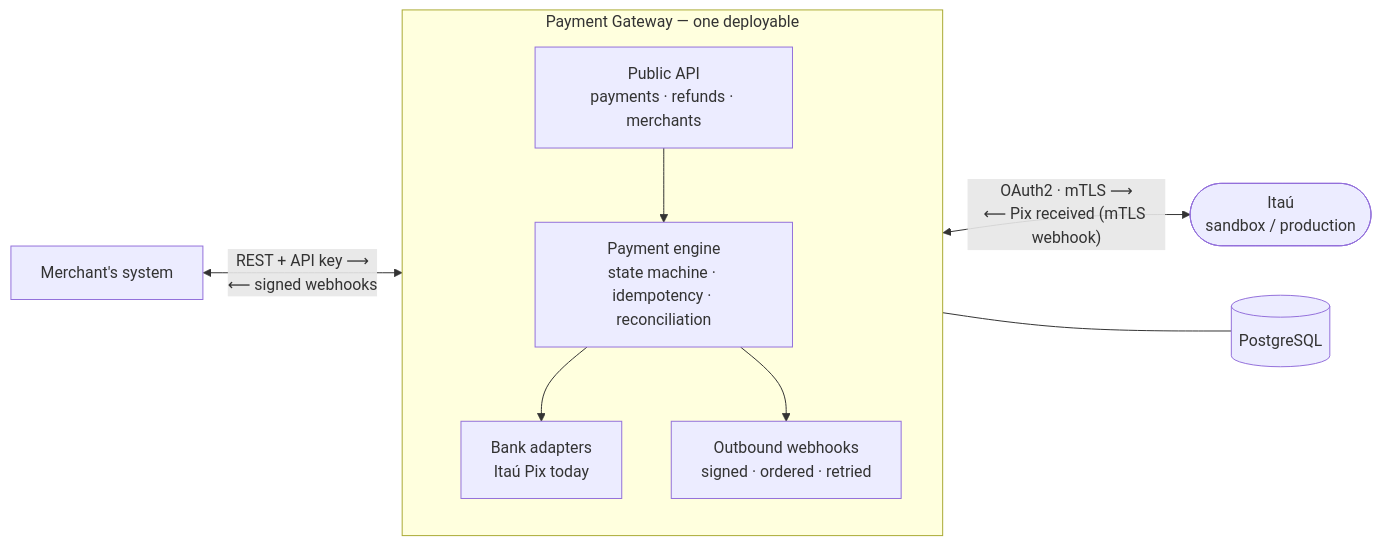
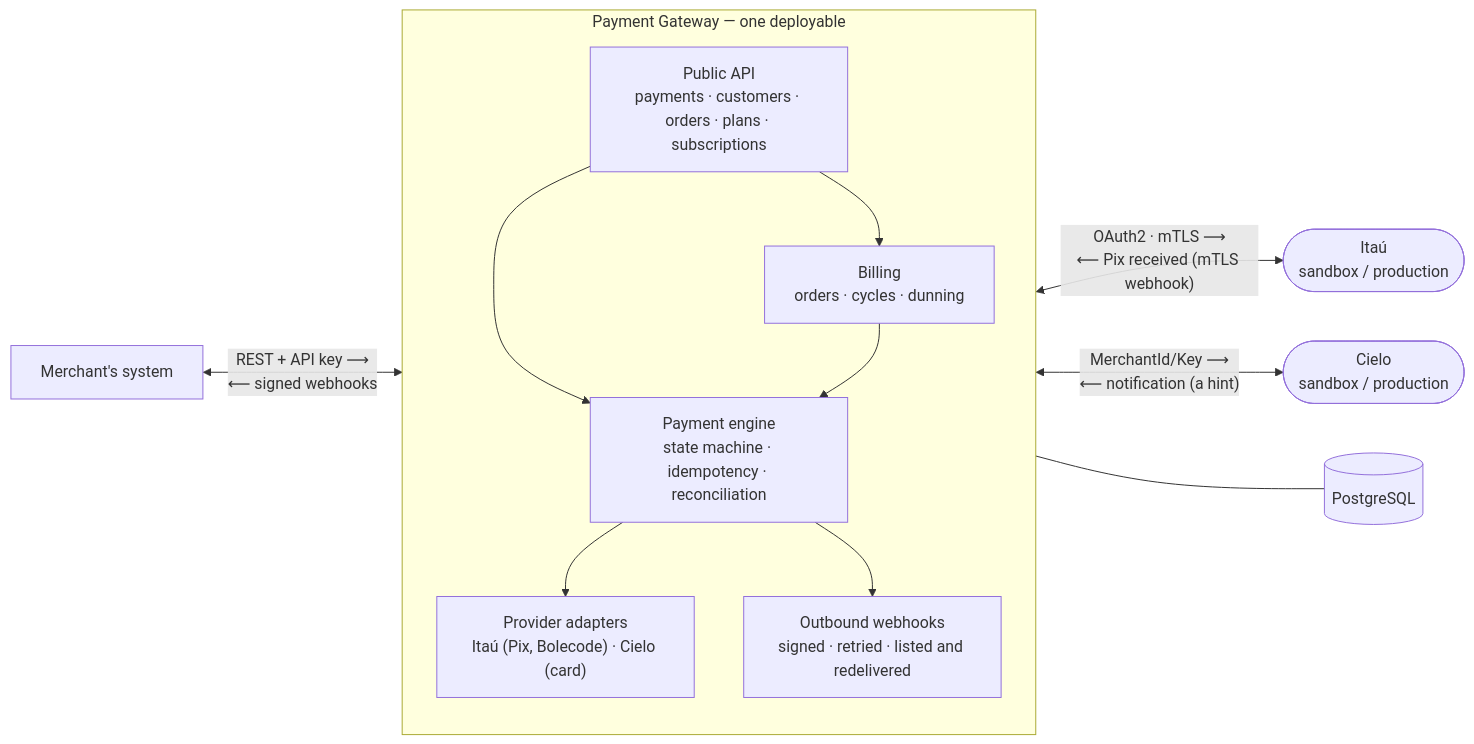
The diagram in docs/diagrams/overview.mmd (leonardolermen/payment-gateway), drawn with Mermaid before and after one commit. The commit also changed 14 other files, not shown here.

Commit message:
docs: architecture, diagrams and README catch up with billing, card and webhook deliveries

```diff
--- a/docs/diagrams/overview.mmd
+++ b/docs/diagrams/overview.mmd
@@ -1,18 +1,23 @@
 flowchart LR
   M["Merchant's system"]
   subgraph GW["Payment Gateway — one deployable"]
     direction TB
-    API["Public API<br/>payments · refunds · merchants"]
+    API["Public API<br/>payments · customers · orders · plans · subscriptions"]
+    BILL["Billing<br/>orders · cycles · dunning"]
     CORE["Payment engine<br/>state machine · idempotency · reconciliation"]
-    PROV["Bank adapters<br/>Itaú Pix today"]
-    OUT["Outbound webhooks<br/>signed · ordered · retried"]
+    PROV["Provider adapters<br/>Itaú (Pix, Bolecode) · Cielo (card)"]
+    OUT["Outbound webhooks<br/>signed · retried · listed and redelivered"]
+    API --> BILL
     API --> CORE
+    BILL --> CORE
     CORE --> PROV
     CORE --> OUT
   end
-  BANK(["Itaú<br/>sandbox / production"])
+  ITAU(["Itaú<br/>sandbox / production"])
+  CIELO(["Cielo<br/>sandbox / production"])
   DB[("PostgreSQL")]
 
   M <-- "REST + API key ⟶<br/>⟵ signed webhooks" --> GW
-  GW <-- "OAuth2 · mTLS ⟶<br/>⟵ Pix received (mTLS webhook)" --> BANK
+  GW <-- "OAuth2 · mTLS ⟶<br/>⟵ Pix received (mTLS webhook)" --> ITAU
+  GW <-- "MerchantId/Key ⟶<br/>⟵ notification (a hint)" --> CIELO
   GW --- DB
```
